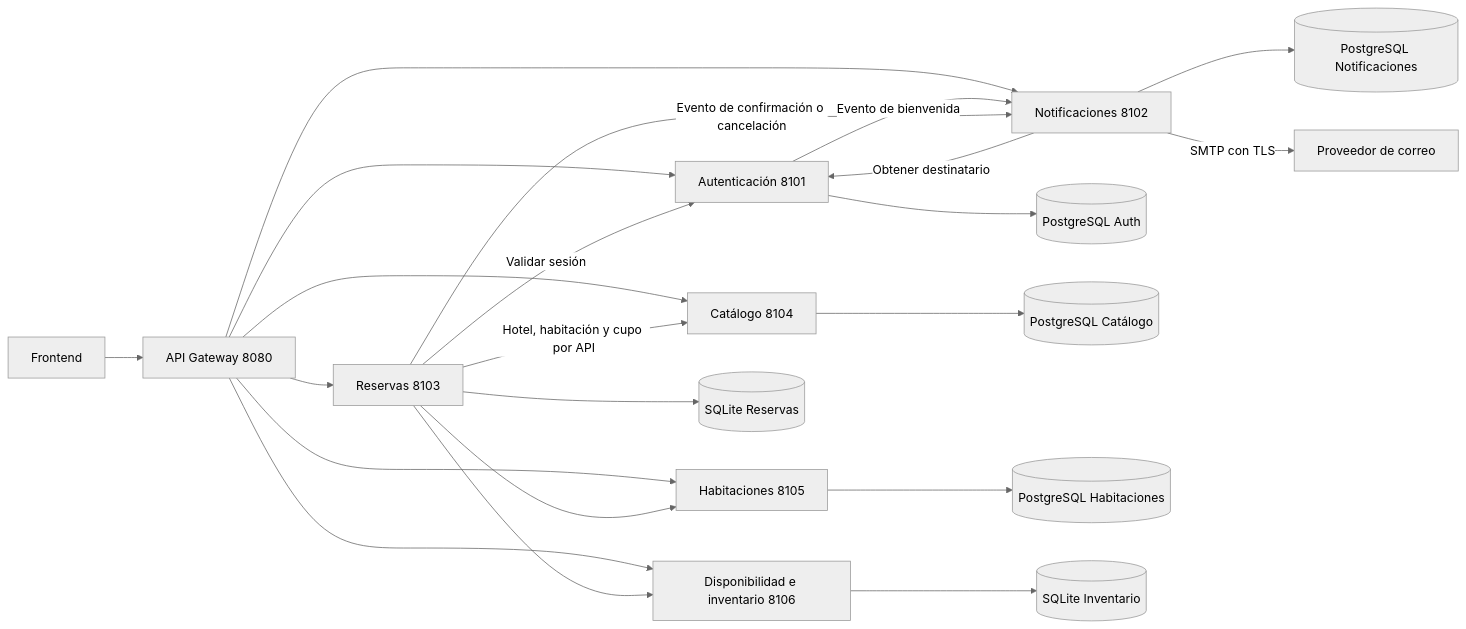
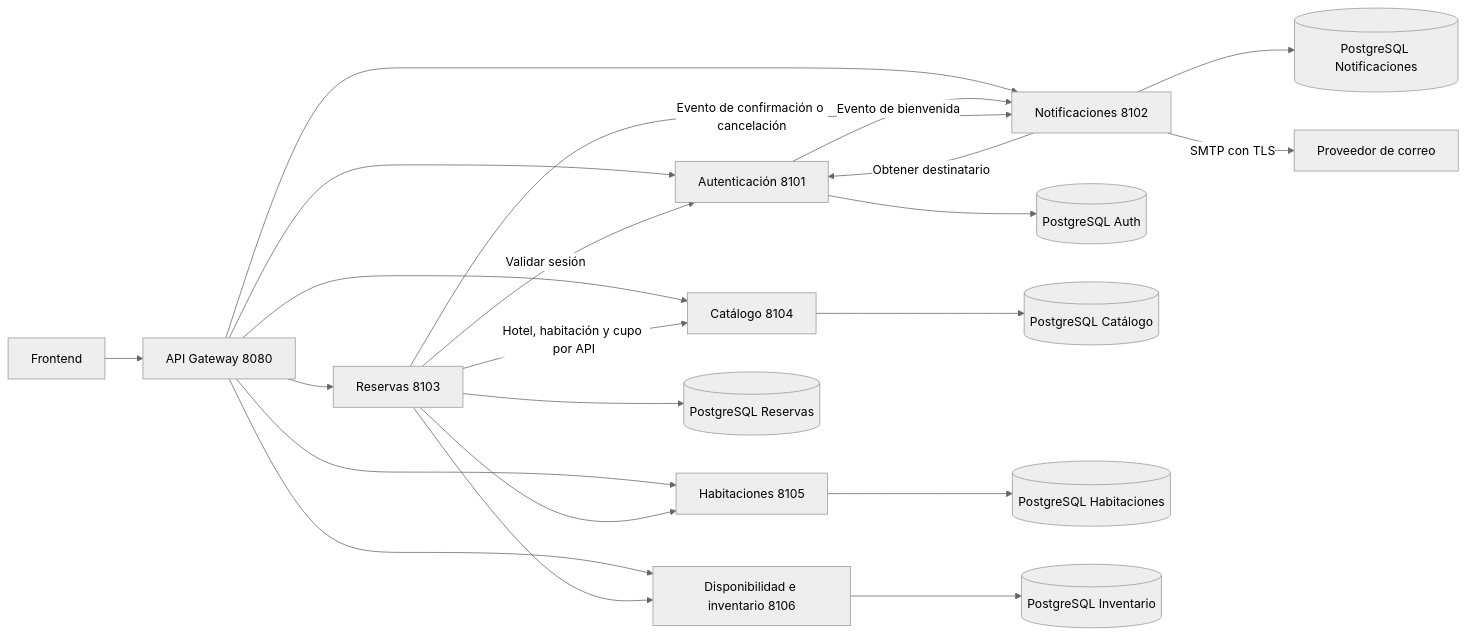
The diagram in README_CONTEXT.md (DodyCe/hotels), drawn with Mermaid (neutral theme) before and after one commit. The commit also changed other lines of this file and 13 other files, not shown here.

Commit message:
Conectar Reservas e Inventario a Supabase y consolidar la integración

````diff
--- a/README_CONTEXT.md
+++ b/README_CONTEXT.md
@@ -75,24 +111,24 @@
 ```mermaid
 flowchart LR
   F[Frontend] --> G[API Gateway 8080]
   G --> A[Autenticación 8101]
   G --> N[Notificaciones 8102]
   G --> R[Reservas 8103]
   G --> C[Catálogo 8104]
   G --> H[Habitaciones 8105]
   G --> I[Disponibilidad e inventario 8106]
   A --> DA[(PostgreSQL Auth)]
   N --> DN[(PostgreSQL Notificaciones)]
-  R --> DR[(SQLite Reservas)]
+  R --> DR[(PostgreSQL Reservas)]
   C --> DC[(PostgreSQL Catálogo)]
   H --> DH[(PostgreSQL Habitaciones)]
-  I --> DI[(SQLite Inventario)]
+  I --> DI[(PostgreSQL Inventario)]
   R -->|Hotel, habitación y cupo por API| C
   R --> H
   R --> I
   R -->|Validar sesión| A
   A -->|Evento de bienvenida| N
   R -->|Evento de confirmación o cancelación| N
   N -->|Obtener destinatario| A
   N -->|SMTP con TLS| M[Proveedor de correo]
 ```
````
